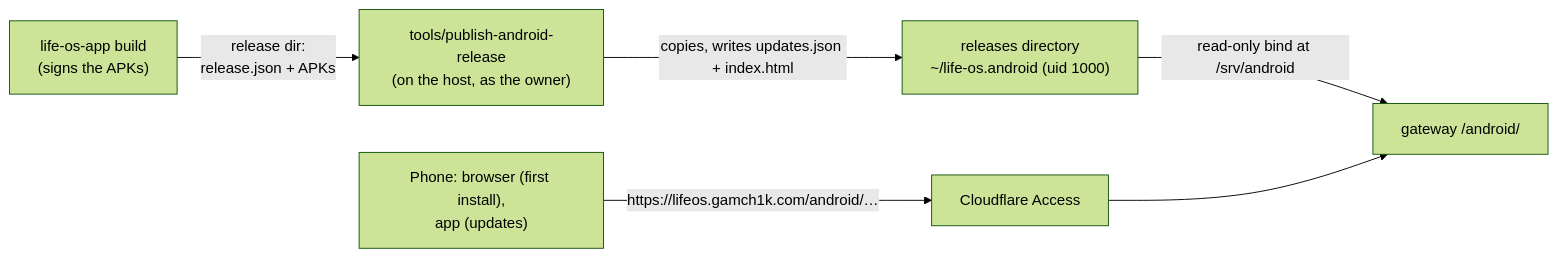
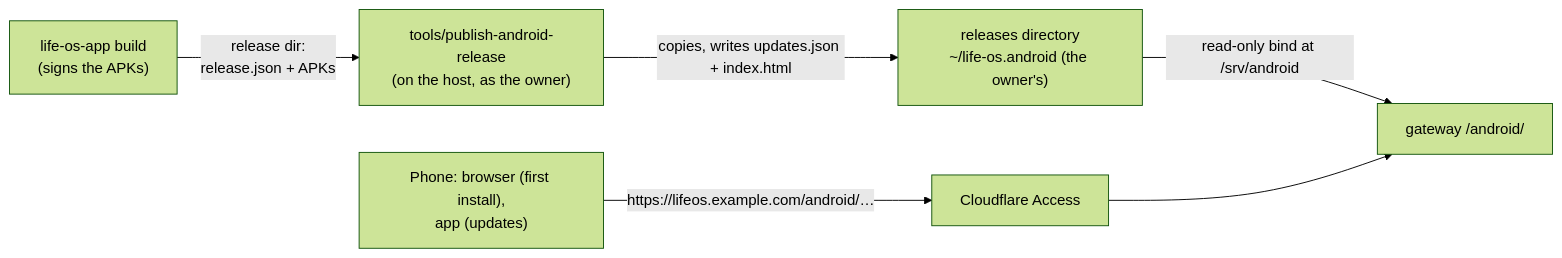
Before and after one commit to GAMch1k/life-os: the diagram in docs/operations/android-releases.md, drawn with Mermaid (forest theme). The commit also changed other lines of this file and 11 other files, not shown here.

````diff
--- a/docs/operations/android-releases.md
+++ b/docs/operations/android-releases.md
@@ -5,7 +5,7 @@
 ```mermaid
 flowchart LR
   Build["life-os-app build<br>(signs the APKs)"] -- "release dir:<br>release.json + APKs" --> Publish["tools/publish-android-release<br>(on the host, as the owner)"]
-  Publish -- "copies, writes updates.json + index.html" --> Dir["releases directory<br>~/life-os.android (uid 1000)"]
+  Publish -- "copies, writes updates.json + index.html" --> Dir["releases directory<br>~/life-os.android (the owner's)"]
   Dir -- "read-only bind at /srv/android" --> Gateway["gateway /android/"]
-  Phone["Phone: browser (first install),<br>app (updates)"] -- "https://lifeos.gamch1k.com/android/…" --> Access[Cloudflare Access] --> Gateway
+  Phone["Phone: browser (first install),<br>app (updates)"] -- "https://lifeos.example.com/android/…" --> Access[Cloudflare Access] --> Gateway
 ```
````
